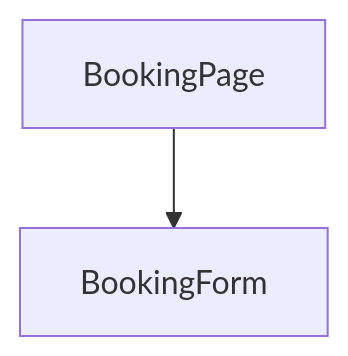
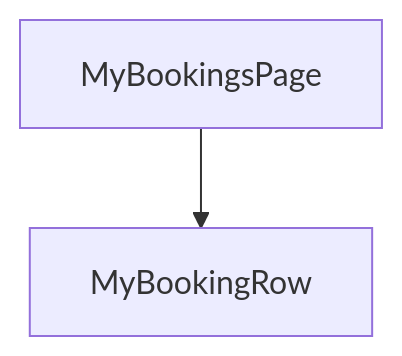
The tenth of 12 diagrams in source/_posts/lokiTech-15day-12-project-travel.md (summer10920/summer10920.github.io), drawn with Mermaid before and after one commit. The commit also changed other lines of this file and 1 other file, not shown here.

Commit message:
第 12、13 篇：報名與後續頁面改為 Placeholder 骨架逐步組裝、拆出報名／我的報名／行程表格元件、縮圖改 disabled 調暗

```diff
--- a/source/_posts/lokiTech-15day-12-project-travel.md
+++ b/source/_posts/lokiTech-15day-12-project-travel.md
@@ -3444,3 +4119,3 @@
 {% mermaid graph TD %}
-  page["BookingPage"] --> form["BookingForm"]
+  page["MyBookingsPage"] --> row["MyBookingRow"]
 {% endmermaid %}
```
